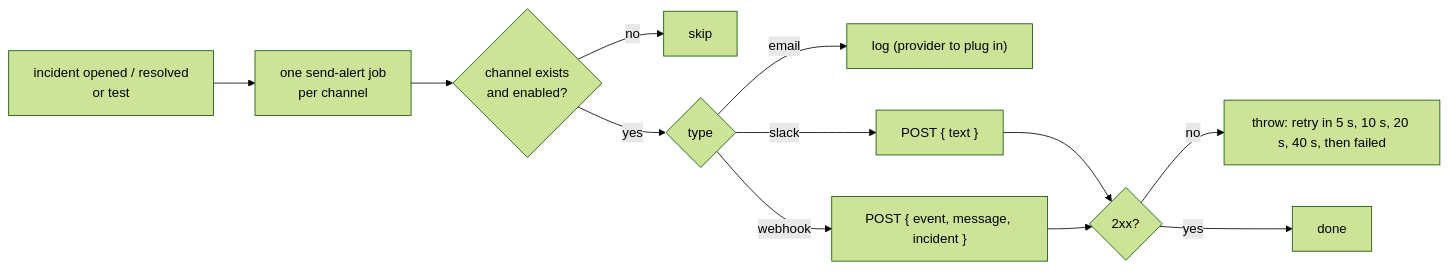
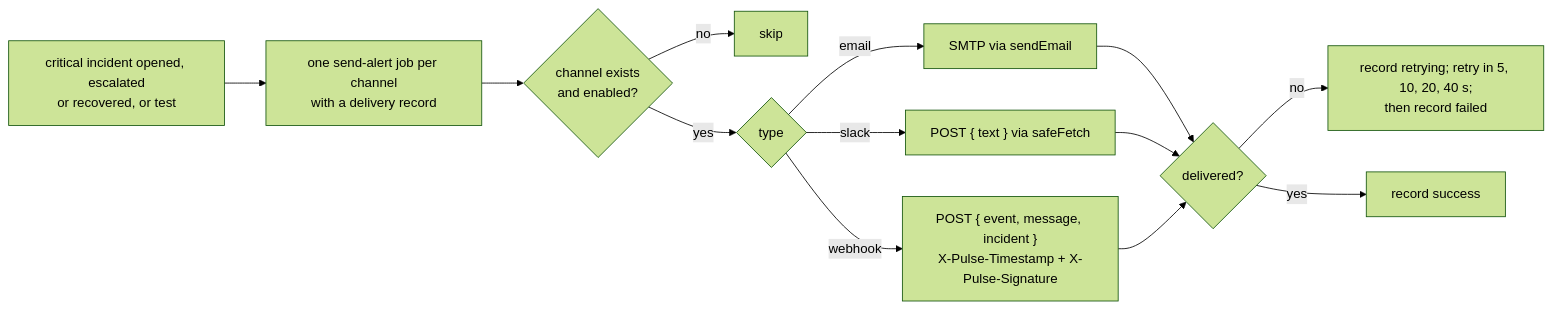
Diagram 11 of 13 in docs/system-design.md (MohammadRaiyyan/pulse), drawn with Mermaid (forest theme) before and after one commit. The commit also changed other lines of this file and 6 other files, not shown here.

````diff
--- a/docs/system-design.md
+++ b/docs/system-design.md
@@ -511,14 +589,15 @@
 ```mermaid
 flowchart LR
-  E["incident opened / resolved<br/>or test"] --> J["one send-alert job<br/>per channel"]
+  E["critical incident opened, escalated<br/>or recovered, or test"] --> J["one send-alert job per channel<br/>with a delivery record"]
   J --> L{"channel exists<br/>and enabled?"}
   L -- no --> SK["skip"]
   L -- yes --> T{"type"}
-  T -- email --> EM["log (provider to plug in)"]
-  T -- slack --> SL["POST { text }"]
-  T -- webhook --> WH["POST { event, message, incident }"]
-  SL --> OK{"2xx?"}
+  T -- email --> EM["SMTP via sendEmail"]
+  T -- slack --> SL["POST { text } via safeFetch"]
+  T -- webhook --> WH["POST { event, message, incident }<br/>X-Pulse-Timestamp + X-Pulse-Signature"]
+  EM --> OK{"delivered?"}
+  SL --> OK
   WH --> OK
-  OK -- no --> RT["throw: retry in 5 s, 10 s, 20 s, 40 s, then failed"]
-  OK -- yes --> DONE["done"]
+  OK -- no --> RT["record retrying; retry in 5, 10, 20, 40 s;<br/>then record failed"]
+  OK -- yes --> DONE["record success"]
 ```
````
